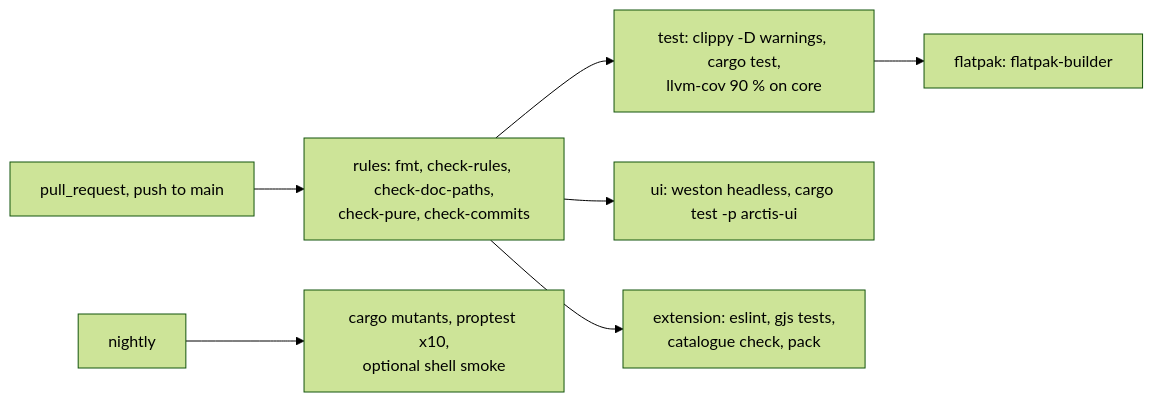
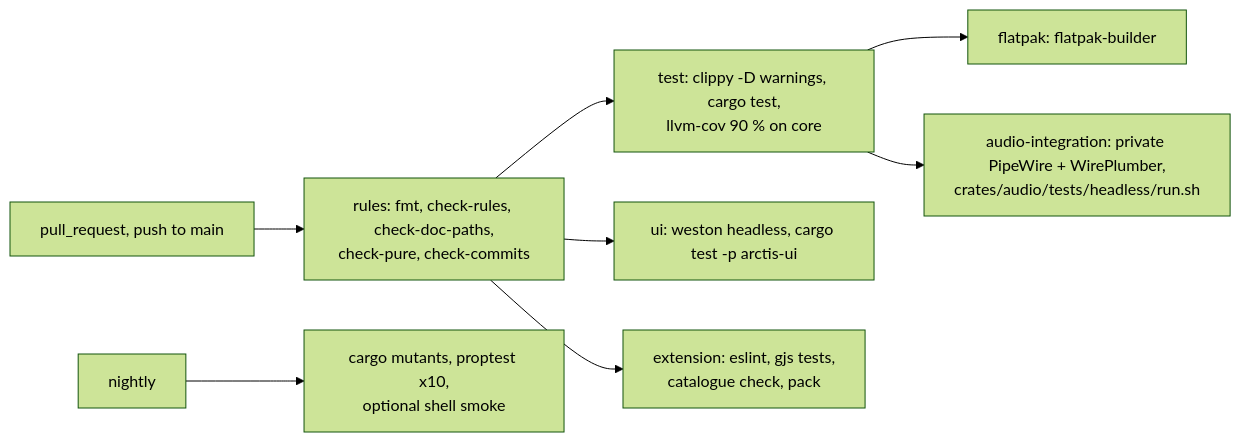
The fourth of 4 diagrams in docs/architecture/README.md (marcelogm/arctis-companion), drawn with Mermaid (forest theme) before and after one commit. The commit also changed other lines of this file and 1 other file, not shown here.

Commit message:
docs(architecture): add the audio adapter page

````diff
--- a/docs/architecture/README.md
+++ b/docs/architecture/README.md
@@ -84,9 +85,10 @@
 ```mermaid
 flowchart LR
     PR["pull_request, push to main"] --> R["rules: fmt, check-rules, check-doc-paths,<br/>check-pure, check-commits"]
     R --> T["test: clippy -D warnings, cargo test,<br/>llvm-cov 90 % on core"]
     R --> G["ui: weston headless, cargo test -p arctis-ui"]
     R --> X["extension: eslint, gjs tests,<br/>catalogue check, pack"]
     T --> F["flatpak: flatpak-builder"]
+    T --> A["audio-integration: private PipeWire + WirePlumber,<br/>crates/audio/tests/headless/run.sh"]
     N["nightly"] --> M["cargo mutants, proptest x10,<br/>optional shell smoke"]
 ```
````
